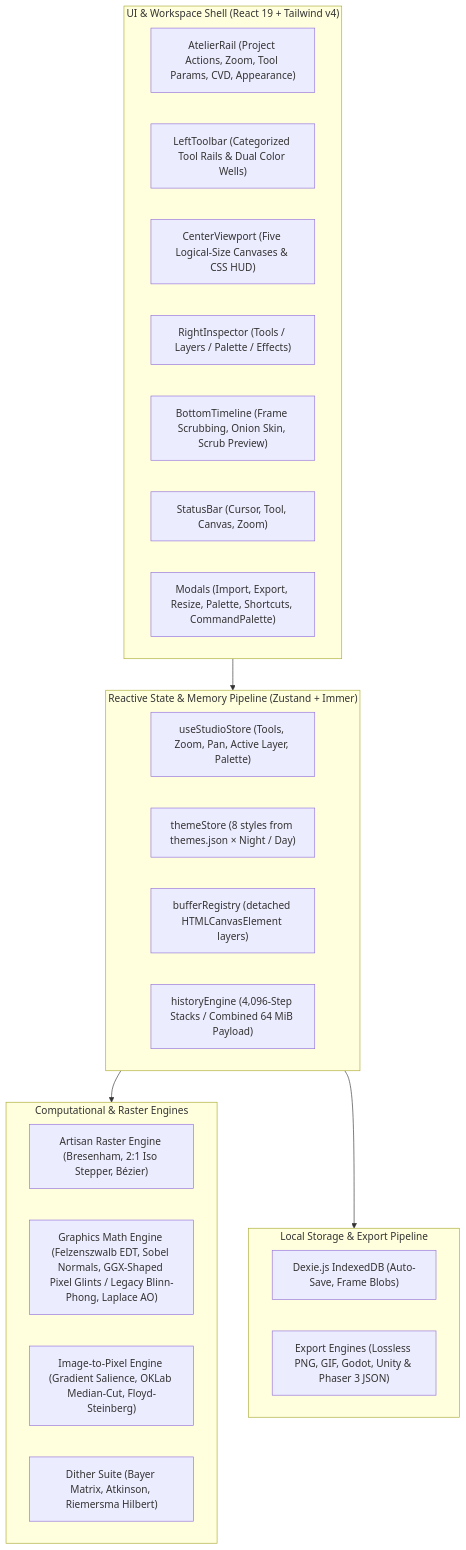
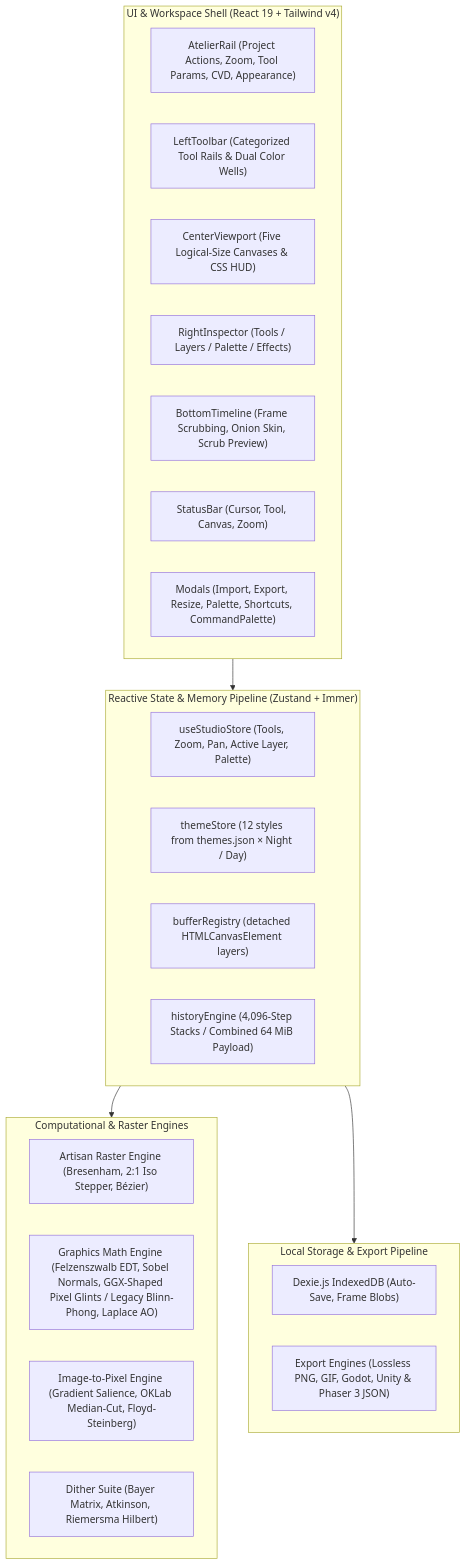
One commit to lxcario/PixiBun changed the first of 6 diagrams in ARCHITECTURE.md. Above: the diagram before and after it, drawn with Mermaid. The commit also changed other lines of this file and 17 other files, not shown here.

First line of the commit message:
Themes: Yozakura Sakura night, four cozy scenes and studio polish

````diff
--- a/ARCHITECTURE.md
+++ b/ARCHITECTURE.md
@@ -137,35 +137,35 @@
 ```mermaid
 graph TD
     subgraph UI_Layer [" UI & Workspace Shell (React 19 + Tailwind v4)"]
         AtelierRail["AtelierRail (Project Actions, Zoom, Tool Params, CVD, Appearance)"]
         LeftRail["LeftToolbar (Categorized Tool Rails & Dual Color Wells)"]
         ViewportShell["CenterViewport (Five Logical-Size Canvases & CSS HUD)"]
         RightStudio["RightInspector (Tools / Layers / Palette / Effects)"]
         TimelineDock["BottomTimeline (Frame Scrubbing, Onion Skin, Scrub Preview)"]
         StatusBar["StatusBar (Cursor, Tool, Canvas, Zoom)"]
         Modals["Modals (Import, Export, Resize, Palette, Shortcuts, CommandPalette)"]
     end
 
     subgraph State_Layer [" Reactive State & Memory Pipeline (Zustand + Immer)"]
         Store["useStudioStore (Tools, Zoom, Pan, Active Layer, Palette)"]
-        Theme["themeStore (8 styles from themes.json × Night / Day)"]
+        Theme["themeStore (12 styles from themes.json × Night / Day)"]
         BufferReg["bufferRegistry (detached HTMLCanvasElement layers)"]
         UndoRedo["historyEngine (4,096-Step Stacks / Combined 64 MiB Payload)"]
     end
 
     subgraph Core_Engines ["Computational & Raster Engines"]
         RasterCore["Artisan Raster Engine (Bresenham, 2:1 Iso Stepper, Bézier)"]
         MathCore["Graphics Math Engine (Felzenszwalb EDT, Sobel Normals, GGX-Shaped Pixel Glints / Legacy Blinn-Phong, Laplace AO)"]
         PixelizeCore["Image-to-Pixel Engine (Gradient Salience, OKLab Median-Cut, Floyd-Steinberg)"]
         DitherCore["Dither Suite (Bayer Matrix, Atkinson, Riemersma Hilbert)"]
     end
 
     subgraph Storage_Layer [" Local Storage & Export Pipeline"]
         DexieDB["Dexie.js IndexedDB (Auto-Save, Frame Blobs)"]
         Exporter["Export Engines (Lossless PNG, GIF, Godot, Unity & Phaser 3 JSON)"]
     end
 
     UI_Layer --> State_Layer
     State_Layer --> Core_Engines
     State_Layer --> Storage_Layer
 ```
````
